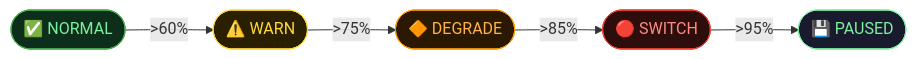
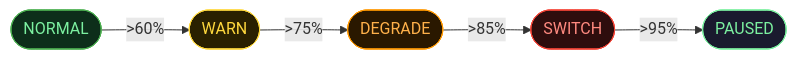
The sixth of 9 diagrams in README.md (RazvanGabrielNiculae/picasso-claude-design-claude-code-bridge-loop), drawn with Mermaid before and after one commit. The commit also changed other lines of this file, not shown here.

First line of the commit message:
fix: remove unsupported Mermaid syntax from 3 diagrams

````diff
--- a/README.md
+++ b/README.md
@@ -303,10 +303,10 @@
 ```mermaid
 flowchart LR
-    N([✅ NORMAL]) -- ">60%" --> W([⚠️ WARN]) -- ">75%" --> D([🔶 DEGRADE]) -- ">85%" --> SW([🔴 SWITCH]) -- ">95%" --> P([💾 PAUSED])
+    N([NORMAL]) -- ">60%" --> W([WARN]) -- ">75%" --> D([DEGRADE]) -- ">85%" --> SW([SWITCH]) -- ">95%" --> P([PAUSED])
 
     style N fill:#0d2e1a,stroke:#4caf50,color:#7cf0a0
     style W fill:#2a2000,stroke:#ffd83d,color:#ffd83d
     style D fill:#2a1800,stroke:#ff9800,color:#ffb14a
     style SW fill:#2e0d0d,stroke:#f44336,color:#ff8a80
     style P fill:#1a1a2e,stroke:#7cf0a0,color:#7cf0a0
 ```
````
